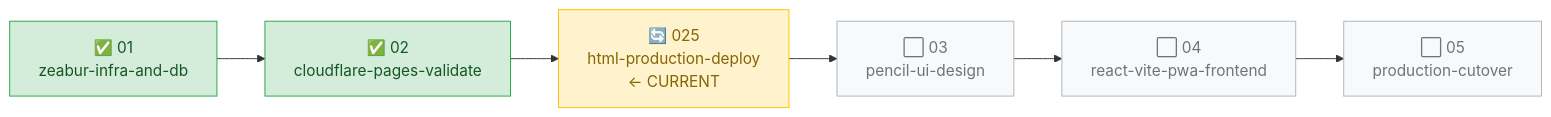
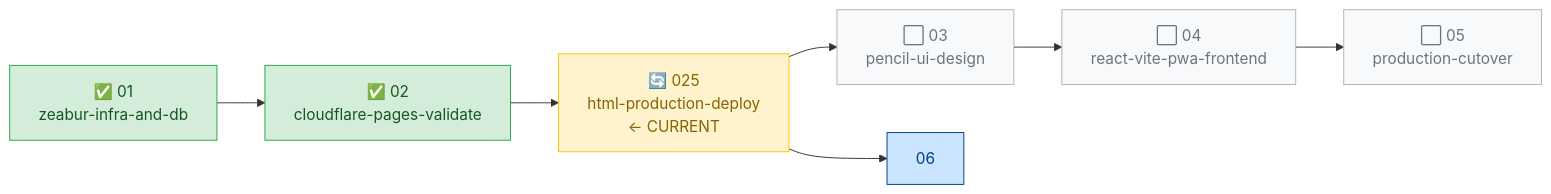
Before and after one commit to HSUsomnus/KJ-Champion-System: the diagram in openspec/STATUS.md, drawn with Mermaid. The commit also changed other lines of this file, not shown here.

````diff
--- a/openspec/STATUS.md
+++ b/openspec/STATUS.md
@@ -10,18 +10,20 @@
 ```mermaid
 graph LR
   01["✅ 01\nzeabur-infra-and-db"]
   02["✅ 02\ncloudflare-pages-validate"]
   025["🔄 025\nhtml-production-deploy\n← CURRENT"]
   03["⬜ 03\npencil-ui-design"]
   04["⬜ 04\nreact-vite-pwa-frontend"]
   05["⬜ 05\nproduction-cutover"]
 
   01 --> 02 --> 025 --> 03 --> 04 --> 05
+  025 --> 06
 
   style 01 fill:#d4edda,stroke:#28a745,color:#155724
   style 02 fill:#d4edda,stroke:#28a745,color:#155724
   style 025 fill:#fff3cd,stroke:#ffc107,color:#856404
   style 03 fill:#f8f9fa,stroke:#adb5bd,color:#6c757d
   style 04 fill:#f8f9fa,stroke:#adb5bd,color:#6c757d
   style 05 fill:#f8f9fa,stroke:#adb5bd,color:#6c757d
+  style 06 fill:#cce5ff,stroke:#004085,color:#004085
 ```
````
